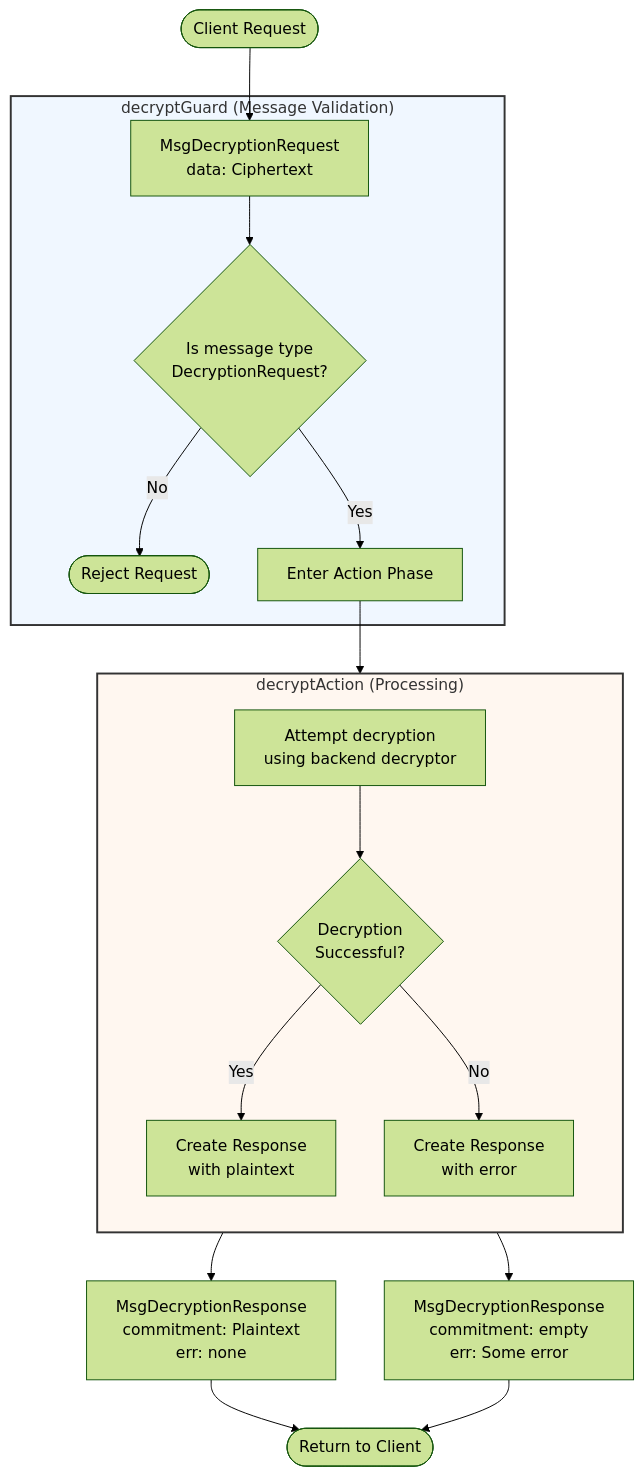
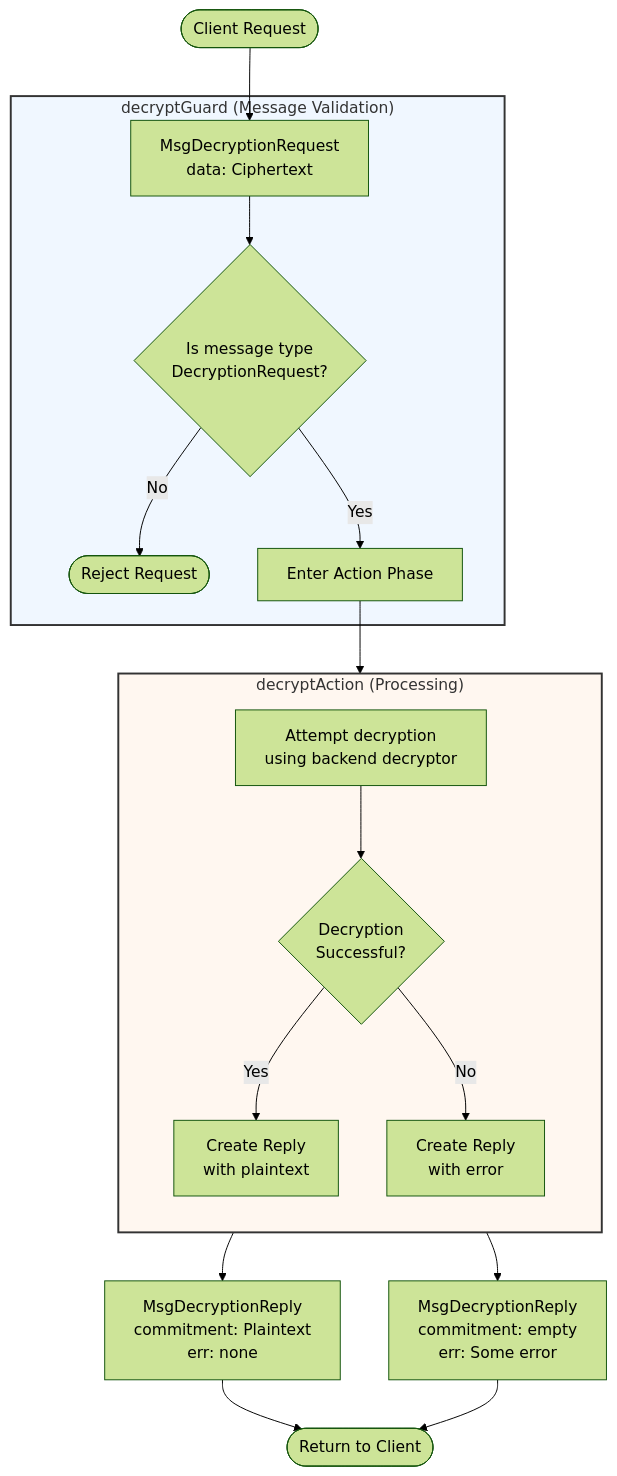
The diagram in docs/arch/node/engines/decryption_behaviour.juvix.md (anoma/nspec), drawn with Mermaid (forest theme) before and after one commit. The commit also changed other lines of this file and 37 other files, not shown here.

Commit message:
Renamed all instances of "Response" to "Reply" in message interfaces for consistency across commitment, decryption, identity management, and other engines.

````diff
--- a/docs/arch/node/engines/decryption_behaviour.juvix.md
+++ b/docs/arch/node/engines/decryption_behaviour.juvix.md
@@ -42,29 +42,29 @@
 ```mermaid
 flowchart TD
   Start([Client Request]) --> MsgReq[MsgDecryptionRequest<br/>data: Ciphertext]
 
   subgraph Guard["decryptGuard (Message Validation)"]
       MsgReq --> ValidType{Is message type<br/>DecryptionRequest?}
       ValidType -->|No| Reject([Reject Request])
       ValidType -->|Yes| ActionEntry[Enter Action Phase]
   end
 
   ActionEntry --> Action
 
   subgraph Action["decryptAction (Processing)"]
       direction TB
       Decrypt[Attempt decryption<br/>using backend decryptor]
       Decrypt --> Success{Decryption<br/>Successful?}
-      Success -->|Yes| GoodResp[Create Response<br/>with plaintext]
-      Success -->|No| ErrResp[Create Response<br/>with error]
+      Success -->|Yes| GoodResp[Create Reply<br/>with plaintext]
+      Success -->|No| ErrResp[Create Reply<br/>with error]
   end
 
-  GoodResp --> Response[MsgDecryptionResponse<br/>commitment: Plaintext<br/>err: none]
-  ErrResp --> ErrResponse[MsgDecryptionResponse<br/>commitment: empty<br/>err: Some error]
+  GoodResp --> Reply[MsgDecryptionReply<br/>commitment: Plaintext<br/>err: none]
+  ErrResp --> ErrReply[MsgDecryptionReply<br/>commitment: empty<br/>err: Some error]
 
-  Response --> Client([Return to Client])
-  ErrResponse --> Client
+  Reply --> Client([Return to Client])
+  ErrReply --> Client
 
   style Guard fill:#f0f7ff,stroke:#333,stroke-width:2px
   style Action fill:#fff7f0,stroke:#333,stroke-width:2px
 ```
````
